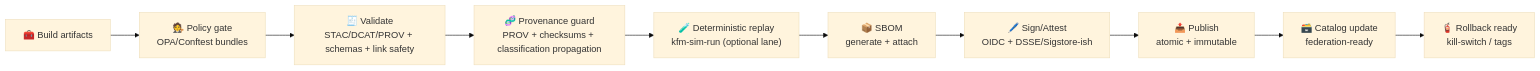
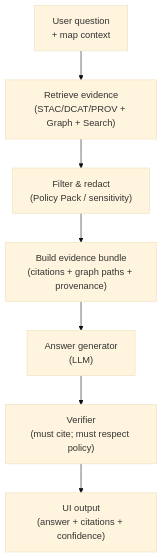
Before and after one commit to bartytime4life/Kansas-Frontier-Matrix: the second of 2 diagrams in .github/README.md, drawn with Mermaid (base theme). The commit also changed other lines of this file, not shown here.

````diff
--- a/.github/README.md
+++ b/.github/README.md
@@ -243,12 +450,9 @@
 ```mermaid
-flowchart LR
-  A["🧰 Build artifacts"] --> B["🧑‍⚖️ Policy gate<br/>OPA/Conftest bundles"]
-  B --> C["🧾 Validate<br/>STAC/DCAT/PROV + schemas + link safety"]
-  C --> D["🧬 Provenance guard<br/>PROV + checksums + classification propagation"]
-  D --> E["🧪 Deterministic replay<br/>kfm-sim-run (optional lane)"]
-  E --> F["📦 SBOM<br/>generate + attach"]
-  F --> G["🖊️ Sign/Attest<br/>OIDC + DSSE/Sigstore-ish"]
-  G --> H["📤 Publish<br/>atomic + immutable"]
-  H --> I["🗃️ Catalog update<br/>federation-ready"]
-  I --> J["🧯 Rollback ready<br/>kill-switch / tags"]
+flowchart TD
+  Q["User question<br/>+ map context"] --> R["Retrieve evidence<br/>(STAC/DCAT/PROV + Graph + Search)"]
+  R --> F["Filter & redact<br/>(Policy Pack / sensitivity)"]
+  F --> B["Build evidence bundle<br/>(citations + graph paths + provenance)"]
+  B --> A["Answer generator<br/>(LLM)"]
+  A --> V["Verifier<br/>(must cite; must respect policy)"]
+  V --> U["UI output<br/>(answer + citations + confidence)"]
 ```
````
